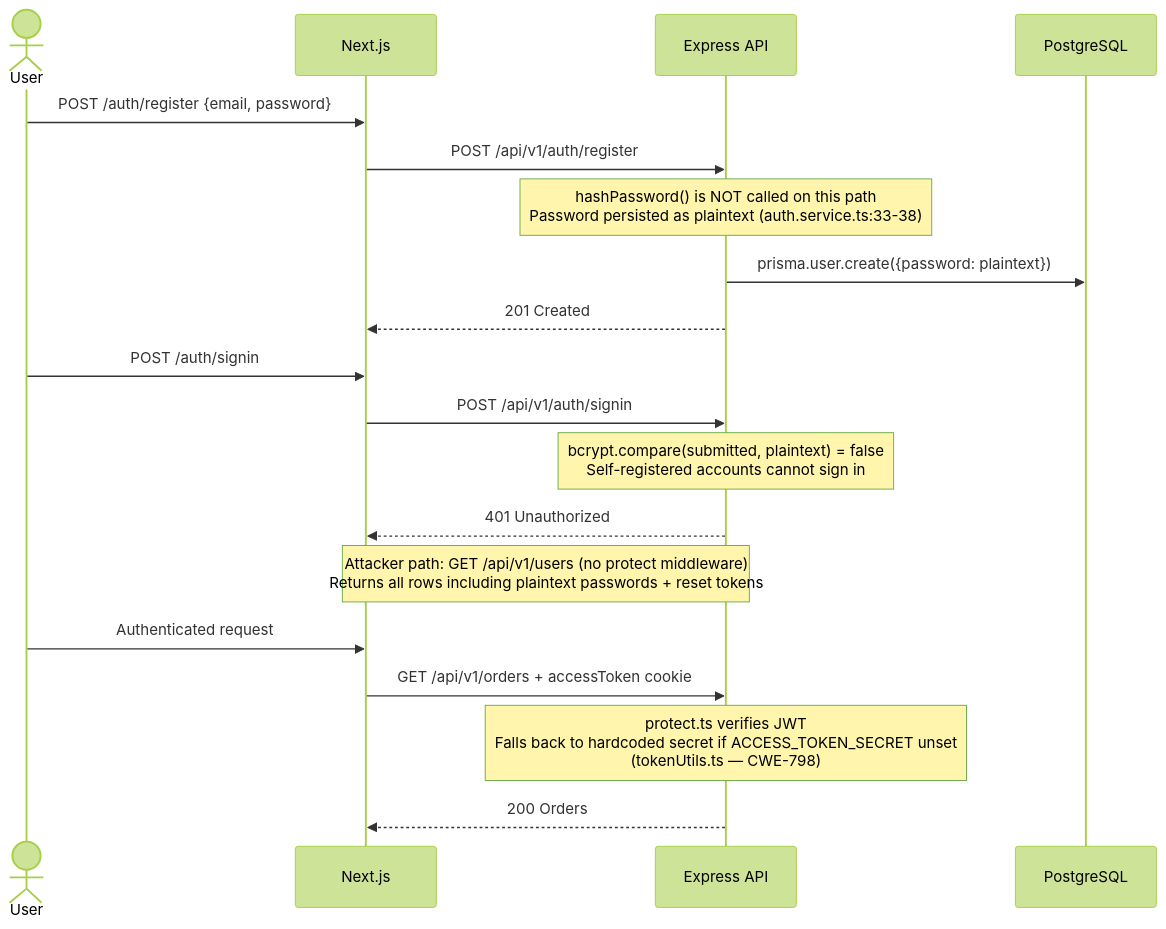
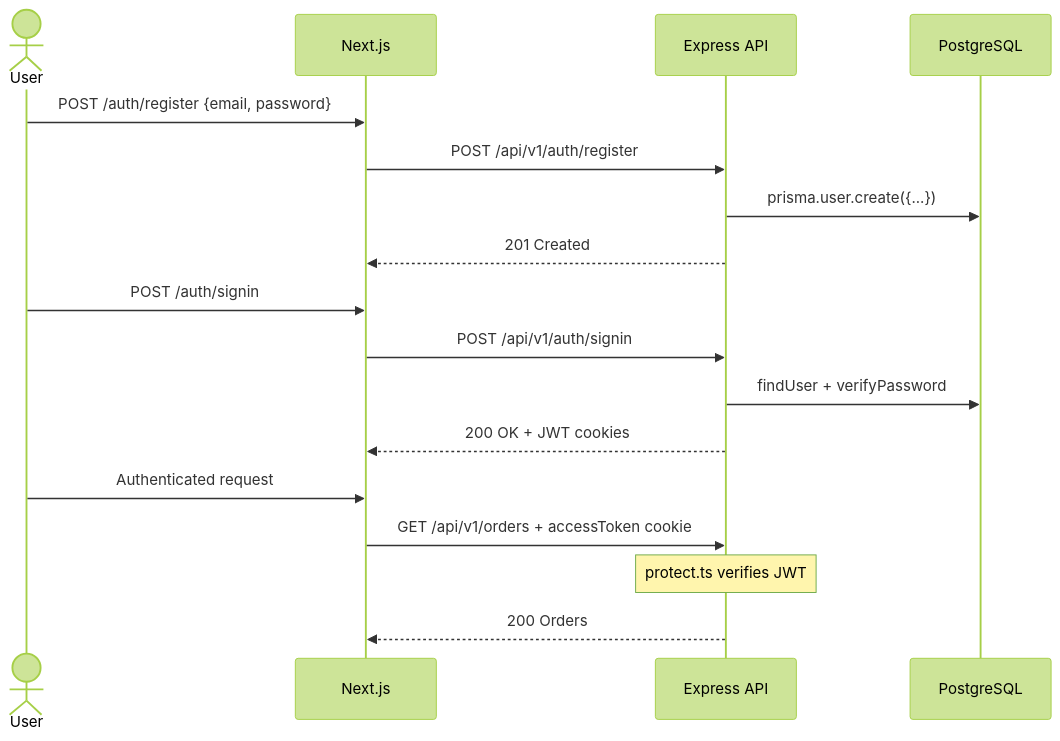
The fourth of 6 diagrams in docs/ARCHITECTURE.md (daemonprompt/Full-Stack-E-Commerce-Platform), drawn with Mermaid (forest theme) before and after one commit. The commit also changed other lines of this file and 2 other files, not shown here.

Commit message:
docs: clean up architecture docs and infrastructure configs

````diff
--- a/docs/ARCHITECTURE.md
+++ b/docs/ARCHITECTURE.md
@@ -118,25 +115,22 @@
 ```mermaid
 sequenceDiagram
   actor User
   participant Client as Next.js
   participant API as Express API
   participant DB as PostgreSQL
 
   User->>Client: POST /auth/register {email, password}
   Client->>API: POST /api/v1/auth/register
-  Note over API: hashPassword() is NOT called on this path<br/>Password persisted as plaintext (auth.service.ts:33-38)
-  API->>DB: prisma.user.create({password: plaintext})
+  API->>DB: prisma.user.create({...})
   API-->>Client: 201 Created
 
   User->>Client: POST /auth/signin
   Client->>API: POST /api/v1/auth/signin
-  Note over API: bcrypt.compare(submitted, plaintext) = false<br/>Self-registered accounts cannot sign in
-  API-->>Client: 401 Unauthorized
-
-  Note over Client,API: Attacker path: GET /api/v1/users (no protect middleware)<br/>Returns all rows including plaintext passwords + reset tokens
+  API->>DB: findUser + verifyPassword
+  API-->>Client: 200 OK + JWT cookies
 
   User->>Client: Authenticated request
   Client->>API: GET /api/v1/orders + accessToken cookie
-  Note over API: protect.ts verifies JWT<br/>Falls back to hardcoded secret if ACCESS_TOKEN_SECRET unset<br/>(tokenUtils.ts — CWE-798)
+  Note over API: protect.ts verifies JWT
   API-->>Client: 200 Orders
 ```
````
